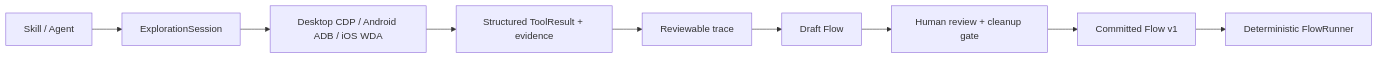
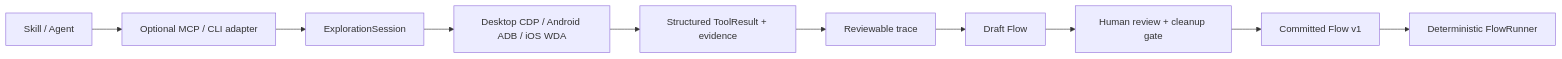
The diagram in docs/ARCHITECTURE.md (linyup/cross-platform-test-studio), drawn with Mermaid before and after one commit. The commit also changed other lines of this file and 11 other files, not shown here.

````diff
--- a/docs/ARCHITECTURE.md
+++ b/docs/ARCHITECTURE.md
@@ -3,11 +3,12 @@
 ```mermaid
 flowchart LR
-    S["Skill / Agent"] --> E["ExplorationSession"]
+    S["Skill / Agent"] --> M["Optional MCP / CLI adapter"]
+    M --> E["ExplorationSession"]
     E --> D["Desktop CDP / Android ADB / iOS WDA"]
     D --> R["Structured ToolResult + evidence"]
     R --> T["Reviewable trace"]
     T --> G["Draft Flow"]
     G --> H["Human review + cleanup gate"]
     H --> F["Committed Flow v1"]
     F --> X["Deterministic FlowRunner"]
 ```
````
